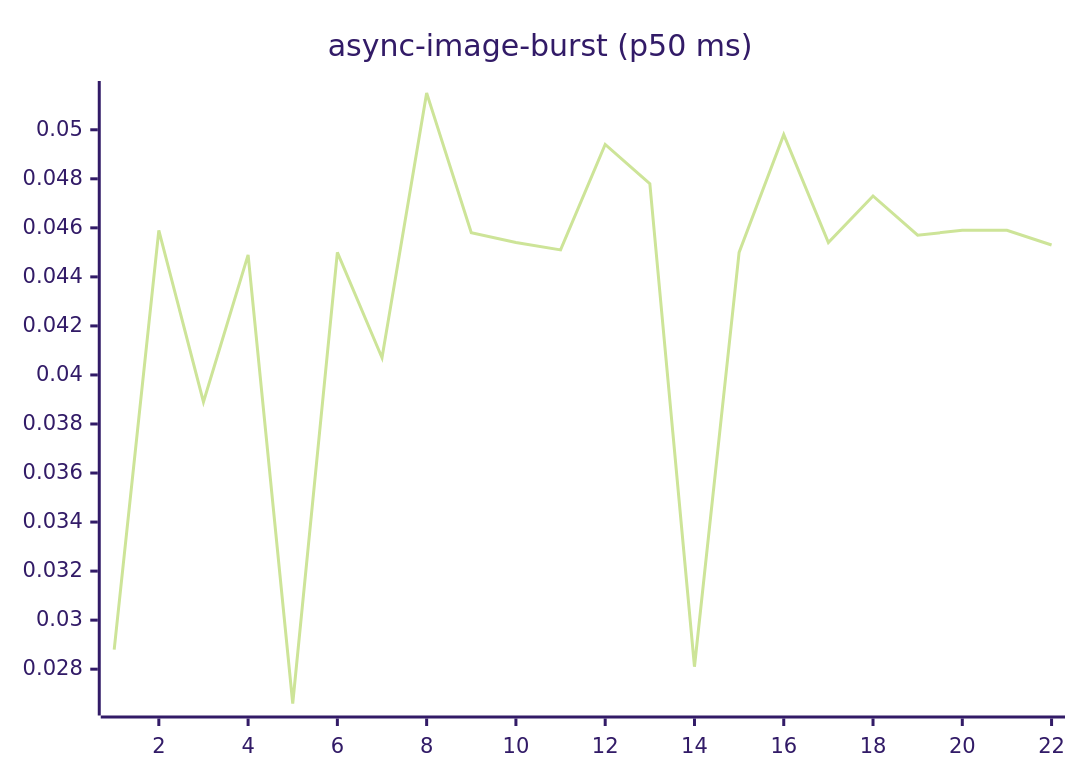
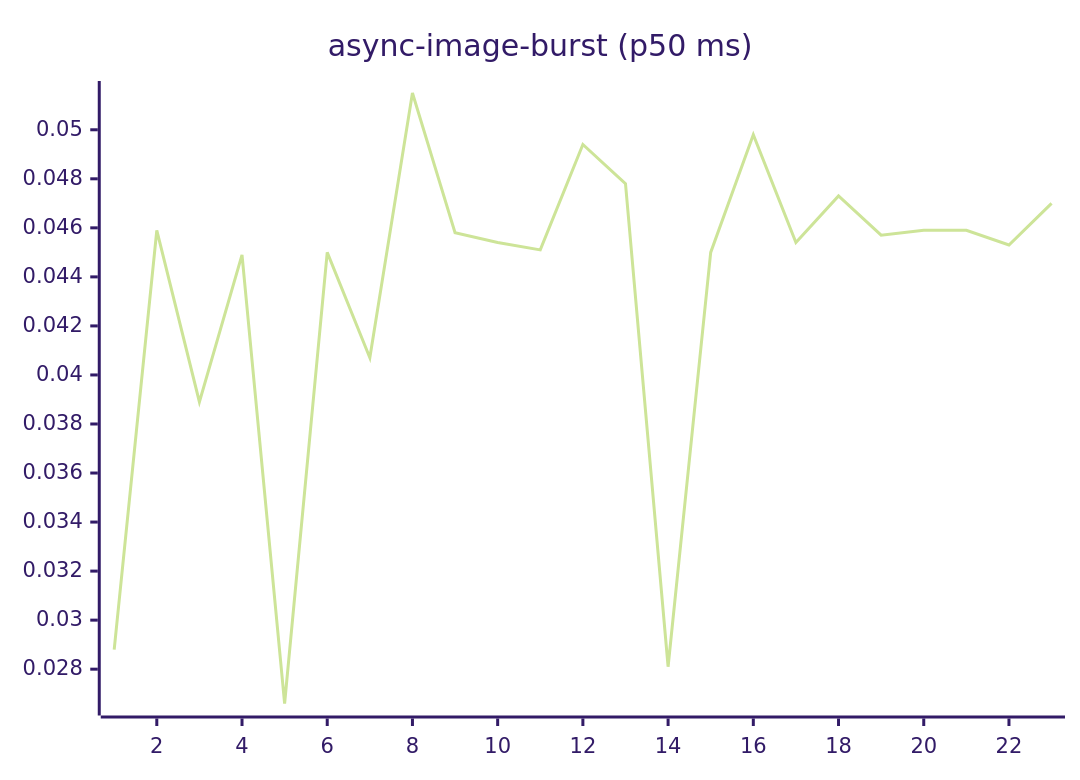
One commit to josha/Facet changed the fourth of 27 diagrams in README.md. Above: the diagram before and after it, drawn with Mermaid (forest theme). The commit also changed other lines of this file and 2 other files, not shown here.

````diff
--- a/README.md
+++ b/README.md
@@ -84,6 +84,6 @@
 ```mermaid
 xychart-beta
     title "async-image-burst (p50 ms)"
-    x-axis 1 --> 22
-    line [0.0288, 0.0459, 0.0389, 0.0449, 0.0266, 0.0450, 0.0407, 0.0515, 0.0458, 0.0454, 0.0451, 0.0494, 0.0478, 0.0281, 0.0450, 0.0498, 0.0454, 0.0473, 0.0457, 0.0459, 0.0459, 0.0453]
+    x-axis 1 --> 23
+    line [0.0288, 0.0459, 0.0389, 0.0449, 0.0266, 0.0450, 0.0407, 0.0515, 0.0458, 0.0454, 0.0451, 0.0494, 0.0478, 0.0281, 0.0450, 0.0498, 0.0454, 0.0473, 0.0457, 0.0459, 0.0459, 0.0453, 0.0470]
 ```
````
